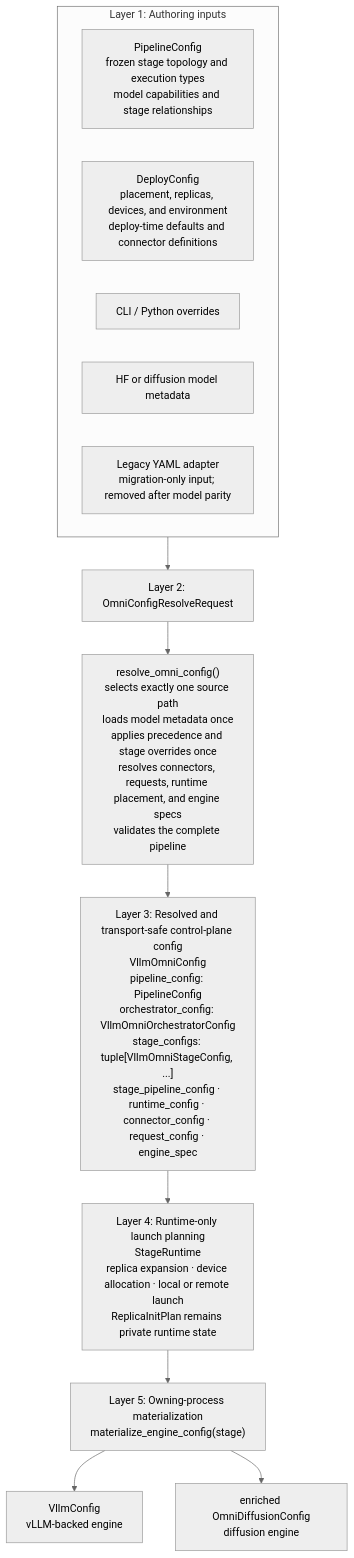
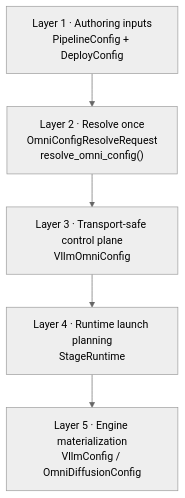
Before and after one commit to 0z5a/vllm-omni: the second of 3 diagrams in docs/design/architecture_overview.md, drawn with Mermaid (neutral theme). The commit also changed other lines of this file, not shown here.

Commit message:
docs: simplify configuration resolution diagram

````diff
--- a/docs/design/architecture_overview.md
+++ b/docs/design/architecture_overview.md
@@ -131,26 +134,10 @@
 ```mermaid
 flowchart TB
-    subgraph authoring["Layer 1: Authoring inputs"]
-        pipeline["PipelineConfig<br/>frozen stage topology and execution types<br/>model capabilities and stage relationships"]
-        deploy["DeployConfig<br/>placement, replicas, devices, and environment<br/>deploy-time defaults and connector definitions"]
-        overrides["CLI / Python overrides"]
-        metadata["HF or diffusion model metadata"]
-        legacy["Legacy YAML adapter<br/>migration-only input; removed after model parity"]
-    end
+    layer1["Layer 1 · Authoring inputs<br/>PipelineConfig + DeployConfig"]
+    layer2["Layer 2 · Resolve once<br/>OmniConfigResolveRequest<br/>resolve_omni_config()"]
+    layer3["Layer 3 · Transport-safe control plane<br/>VllmOmniConfig"]
+    layer4["Layer 4 · Runtime launch planning<br/>StageRuntime"]
+    layer5["Layer 5 · Engine materialization<br/>VllmConfig / OmniDiffusionConfig"]
 
-    request["Layer 2: OmniConfigResolveRequest"]
-    resolve["resolve_omni_config()<br/>selects exactly one source path<br/>loads model metadata once<br/>applies precedence and stage overrides once<br/>resolves connectors, requests, runtime placement, and engine specs<br/>validates the complete pipeline"]
-    resolved["Layer 3: Resolved and transport-safe control-plane config<br/>VllmOmniConfig<br/>pipeline_config: PipelineConfig<br/>orchestrator_config: VllmOmniOrchestratorConfig<br/>stage_configs: tuple[VllmOmniStageConfig, ...]<br/>stage_pipeline_config · runtime_config · connector_config · request_config · engine_spec"]
-    launch["Layer 4: Runtime-only launch planning<br/>StageRuntime<br/>replica expansion · device allocation · local or remote launch<br/>ReplicaInitPlan remains private runtime state"]
-    materialize["Layer 5: Owning-process materialization<br/>materialize_engine_config(stage)"]
-    ar_config["VllmConfig<br/>vLLM-backed engine"]
-    diffusion_config["enriched OmniDiffusionConfig<br/>diffusion engine"]
-
-    authoring --> request
-    request --> resolve
-    resolve --> resolved
-    resolved --> launch
-    launch --> materialize
-    materialize --> ar_config
-    materialize --> diffusion_config
+    layer1 --> layer2 --> layer3 --> layer4 --> layer5
 ```
````
